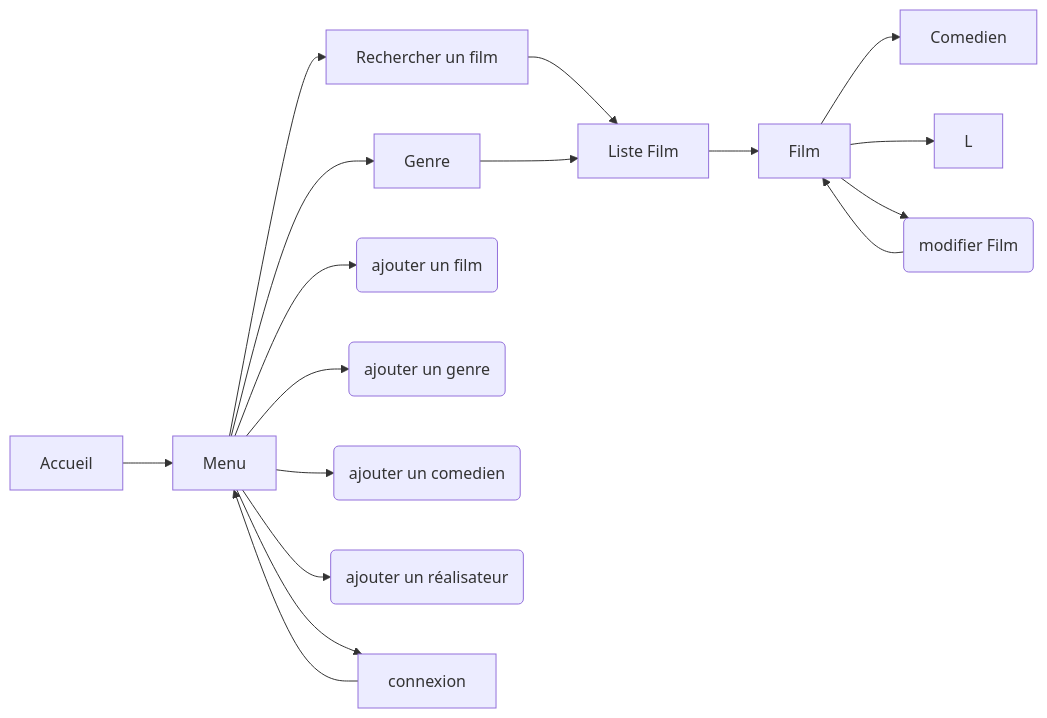
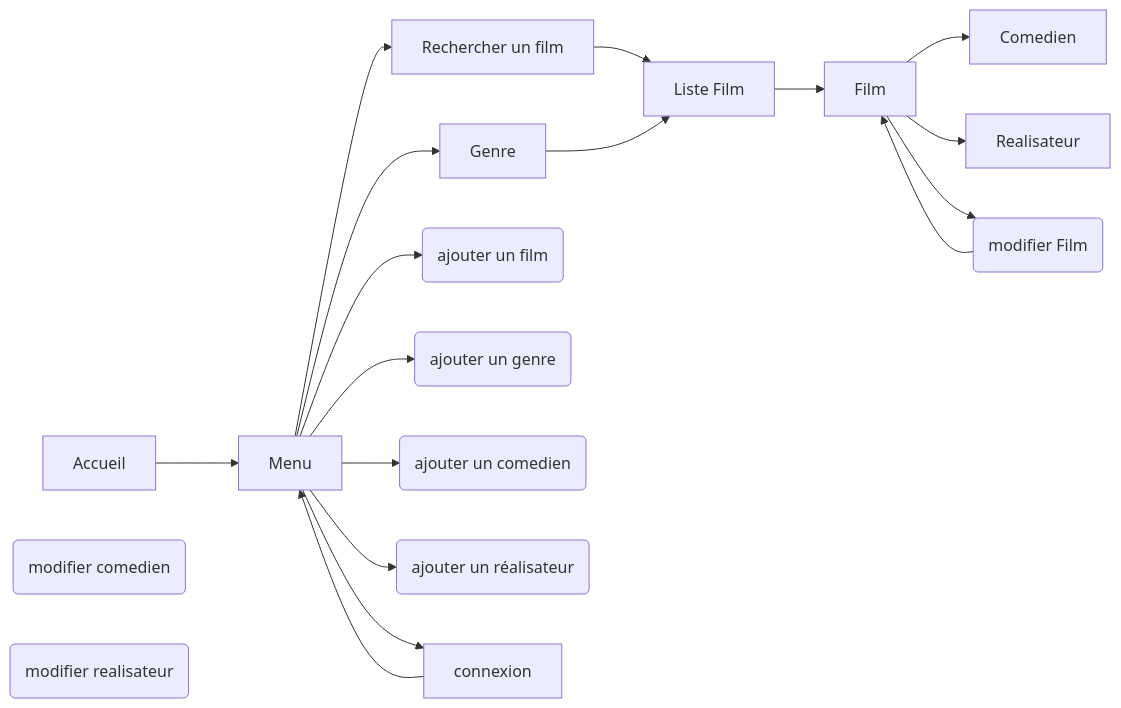
Before and after one commit to Remynder0/cours_BUT_24-25: the first of 3 diagrams in README.md, drawn with Mermaid. The commit also changed other lines of this file, not shown here.

````diff
--- a/README.md
+++ b/README.md
@@ -120,32 +120,35 @@
 ```mermaid
 graph LR
 
 A[Accueil]
 E[Menu]
 C[Rechercher un film]
 D[Liste Film] 
 B[Film]
 N(modifier Film)
 M[Genre]
 J[Comedien]
+O(modifier comedien)
+L[Realisateur]
+P(modifier realisateur)
 F(ajouter un film)
 G(ajouter un genre) 
 H(ajouter un comedien) 
 I(ajouter un réalisateur)
 K[connexion]
 
 
 A --> E --> C --> D --> B --> J
 B --> L
 B --> N --> B
 E --> F
 E --> G
 E --> H
 E --> I
 E --> K --> E
 E --> M --> D
 
 
 
 
 ```
````
